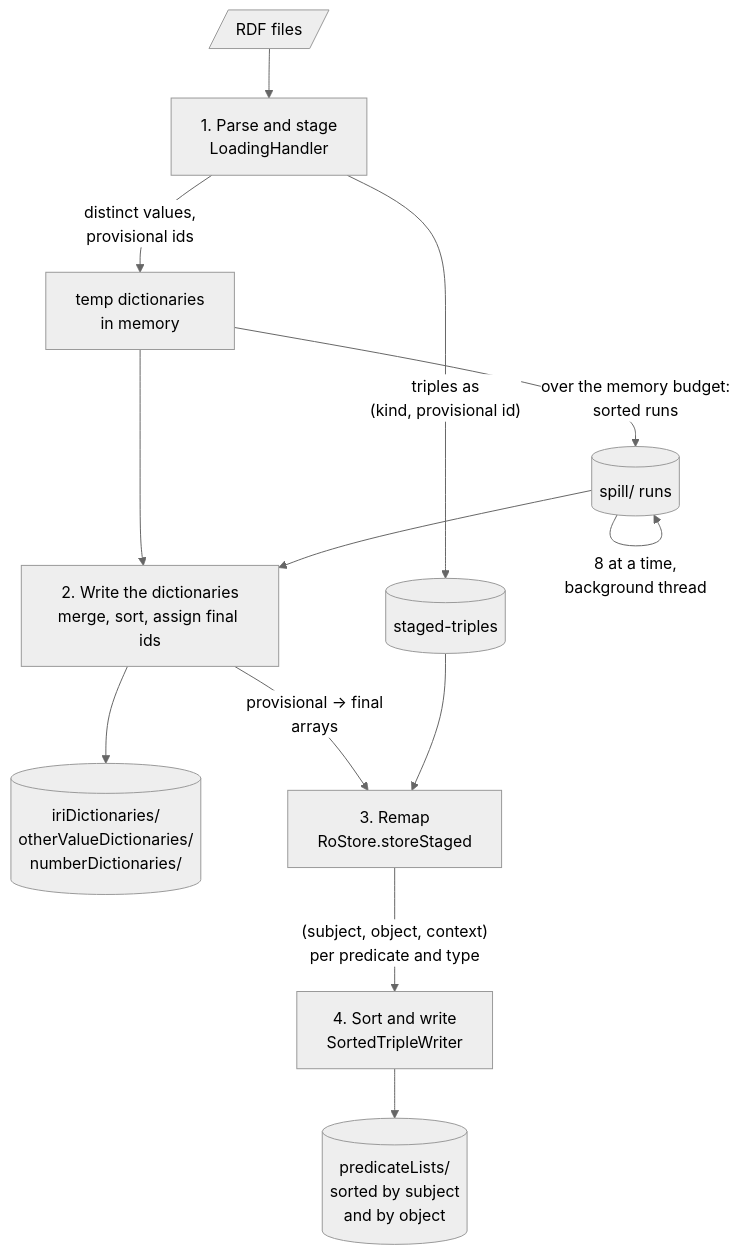
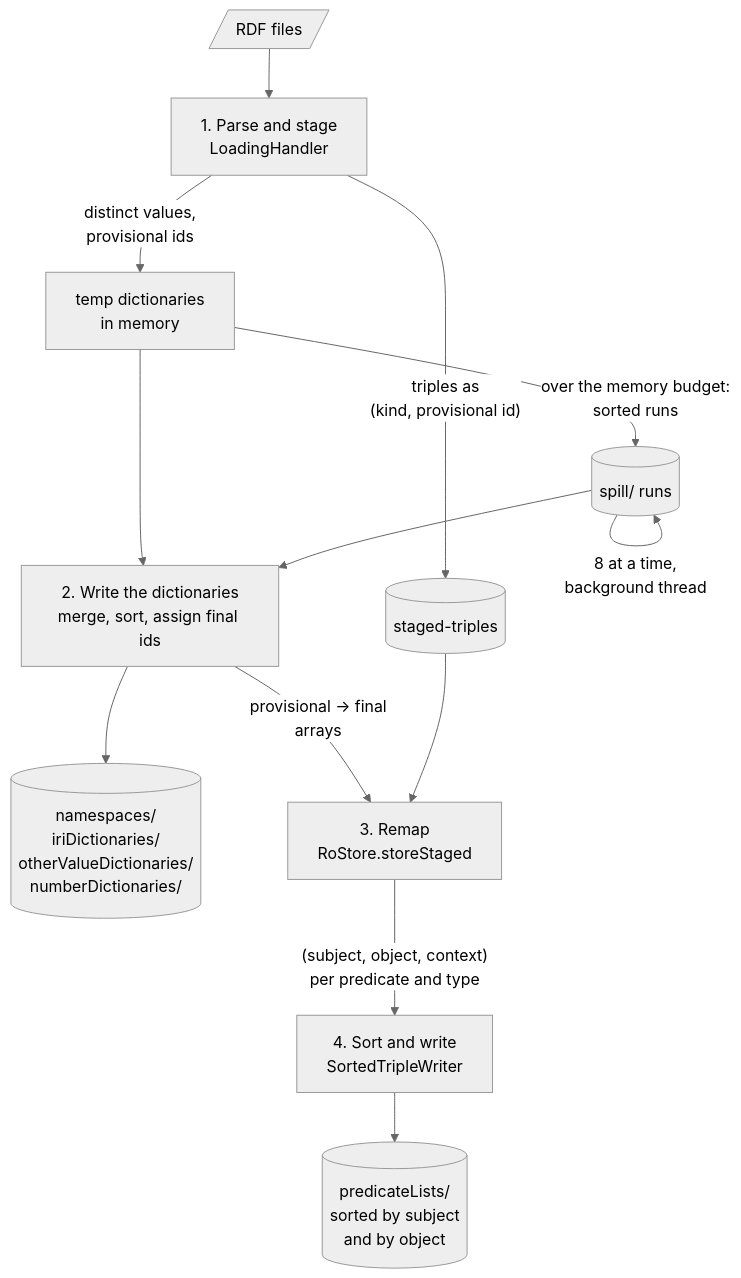
The diagram in docs/loading.md (JervenBolleman/sparql-readonly), drawn with Mermaid (neutral theme) before and after one commit. The commit also changed other lines of this file and 11 other files, not shown here.

````diff
--- a/docs/loading.md
+++ b/docs/loading.md
@@ -36,15 +36,15 @@
 ```mermaid
 flowchart TD
     rdf[/"RDF files"/] --> parse["1. Parse and stage<br/>LoadingHandler"]
     parse -->|"distinct values,<br/>provisional ids"| temp["temp dictionaries<br/>in memory"]
     temp -->|"over the memory budget:<br/>sorted runs"| runs[("spill/ runs")]
     runs -->|"8 at a time,<br/>background thread"| runs
     parse -->|"triples as<br/>(kind, provisional id)"| staged[("staged-triples")]
     temp --> dict["2. Write the dictionaries<br/>merge, sort, assign final ids"]
     runs --> dict
-    dict --> dicts[("iriDictionaries/<br/>otherValueDictionaries/<br/>numberDictionaries/")]
+    dict --> dicts[("namespaces/<br/>iriDictionaries/<br/>otherValueDictionaries/<br/>numberDictionaries/")]
     dict -->|"provisional → final<br/>arrays"| remap["3. Remap<br/>RoStore.storeStaged"]
     staged --> remap
     remap -->|"(subject, object, context)<br/>per predicate and type"| sort["4. Sort and write<br/>SortedTripleWriter"]
     sort --> lists[("predicateLists/<br/>sorted by subject<br/>and by object")]
 ```
````
